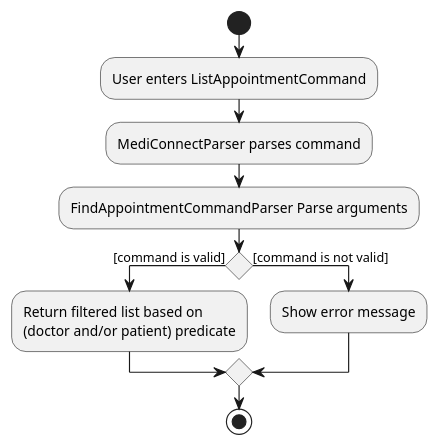
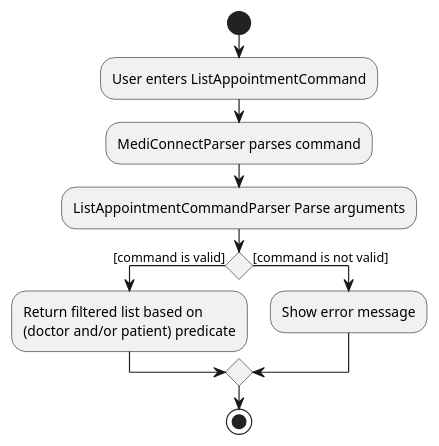
One commit to yanghengtang/tp changed the diagram in docs/diagrams/commands/ListAppointmentCommandActivityDiagram.puml. Above: the diagram before and after it, drawn with PlantUML.

Commit message:
Update ListAppointmentCommandActivityDiagram

```diff
--- a/docs/diagrams/commands/ListAppointmentCommandActivityDiagram.puml
+++ b/docs/diagrams/commands/ListAppointmentCommandActivityDiagram.puml
@@ -1,13 +1,13 @@
 @startuml
 start
 :User enters ListAppointmentCommand;
 :MediConnectParser parses command;
-:FindAppointmentCommandParser Parse arguments;
+:ListAppointmentCommandParser Parse arguments;
 
 if () then ([command is valid])
     :Return filtered list based on \n(doctor and/or patient) predicate;
 else ([command is not valid])
     :Show error message;
 endif
 stop
 @enduml
```
